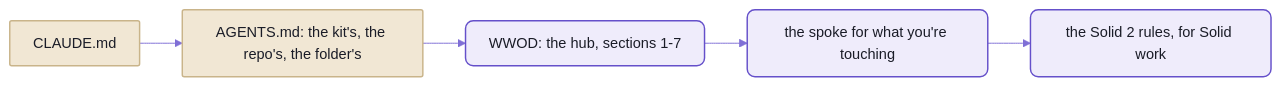
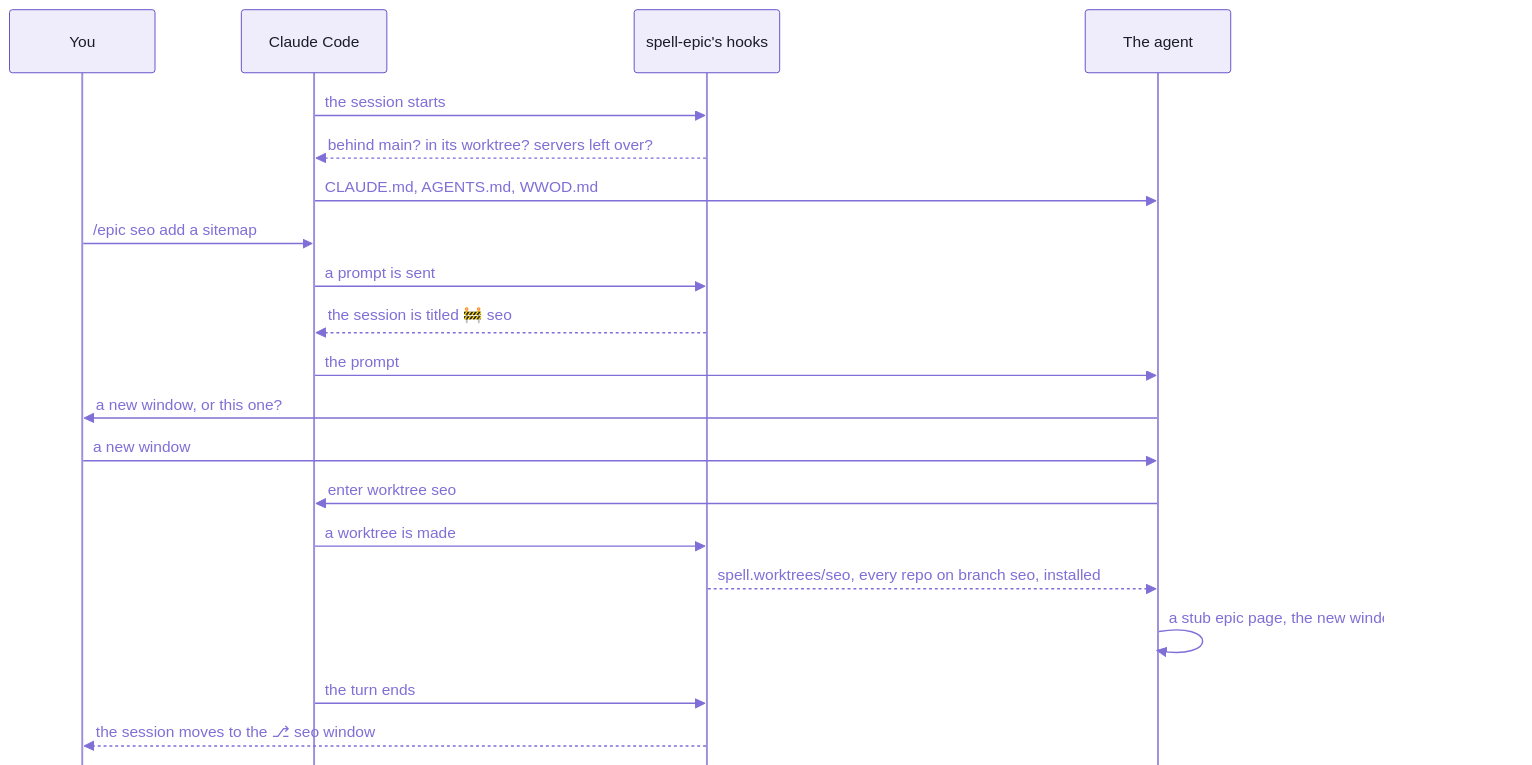
One commit to spell-app/spell changed the diagram in README-agents.md. Above: the diagram before and after it, drawn with Mermaid. The commit also changed other lines of this file and 12 other files, not shown here.

````diff
--- a/README-agents.md
+++ b/README-agents.md
@@ -11,12 +27,23 @@
 ```mermaid
-%%{init: {"theme":"base","themeVariables":{"fontFamily":"-apple-system, BlinkMacSystemFont, Segoe UI, Helvetica, Arial, sans-serif","fontSize":"15px","primaryColor":"#EFECFB","primaryBorderColor":"#6550CA","primaryTextColor":"#1A1C27","secondaryColor":"#F4F1E9","tertiaryColor":"#F7F6FC","lineColor":"#7F6FD6","textColor":"#7F6FD6","clusterBkg":"#F7F6FC","clusterBorder":"#B9B0E8","titleColor":"#1A1C27","edgeLabelBackground":"#F7F6FC","actorBkg":"#EFECFB","actorBorder":"#6550CA","actorTextColor":"#1A1C27","actorLineColor":"#9C90DE","signalColor":"#7F6FD6","signalTextColor":"#7F6FD6","labelBoxBkgColor":"#EFECFB","labelBoxBorderColor":"#6550CA","labelTextColor":"#1A1C27","loopTextColor":"#7F6FD6","noteBkgColor":"#F1E7D4","noteBorderColor":"#C9B48A","noteTextColor":"#1A1C27","activationBkgColor":"#DCD6F7","activationBorderColor":"#6550CA","sequenceNumberColor":"#FFFFFF"},"flowchart":{"curve":"basis","padding":12,"nodeSpacing":40,"rankSpacing":44}}}%%
-flowchart LR
-  claude["CLAUDE.md"] --> agents["AGENTS.md: the kit's, the repo's, the folder's"]
-  agents --> hub["WWOD: the hub, sections 1-7"]
-  hub --> spoke["the spoke for what you're touching"]
-  spoke --> solid["the Solid 2 rules, for Solid work"]
-  %% the Spell look:  yarn mermaid:pretty
-  classDef default fill:#EFECFB,stroke:#6550CA,stroke-width:1.5px,color:#1A1C27,rx:8px,ry:8px
-  classDef data fill:#F1E7D4,stroke:#C9B48A,stroke-width:1.5px,color:#1A1C27,rx:2px,ry:2px
-  class claude,agents data
+%%{init: {"theme":"base","themeVariables":{"fontFamily":"-apple-system, BlinkMacSystemFont, Segoe UI, Helvetica, Arial, sans-serif","fontSize":"15px","primaryColor":"#EFECFB","primaryBorderColor":"#6550CA","primaryTextColor":"#1A1C27","secondaryColor":"#F4F1E9","tertiaryColor":"#F7F6FC","lineColor":"#7F6FD6","textColor":"#7F6FD6","clusterBkg":"#F7F6FC","clusterBorder":"#B9B0E8","titleColor":"#1A1C27","edgeLabelBackground":"#F7F6FC","actorBkg":"#EFECFB","actorBorder":"#6550CA","actorTextColor":"#1A1C27","actorLineColor":"#9C90DE","signalColor":"#7F6FD6","signalTextColor":"#7F6FD6","labelBoxBkgColor":"#EFECFB","labelBoxBorderColor":"#6550CA","labelTextColor":"#1A1C27","loopTextColor":"#7F6FD6","noteBkgColor":"#F1E7D4","noteBorderColor":"#C9B48A","noteTextColor":"#1A1C27","activationBkgColor":"#DCD6F7","activationBorderColor":"#6550CA","sequenceNumberColor":"#FFFFFF"},"sequence":{"mirrorActors":false,"messageAlign":"left","noteAlign":"left"}}}%%
+sequenceDiagram
+  participant you as You
+  participant code as Claude Code
+  participant hooks as spell-epic's hooks
+  participant agent as The agent
+  code->>hooks: the session starts
+  hooks-->>code: behind main?  in its worktree?  servers left over?
+  code->>agent: CLAUDE.md, AGENTS.md, WWOD.md
+  you->>code: /epic seo add a sitemap
+  code->>hooks: a prompt is sent
+  hooks-->>code: the session is titled 🚧 seo
+  code->>agent: the prompt
+  agent->>you: a new window, or this one?
+  you->>agent: a new window
+  agent->>code: enter worktree seo
+  code->>hooks: a worktree is made
+  hooks-->>agent: spell.worktrees/seo, every repo on branch seo, installed
+  agent->>agent: a stub epic page, the new window, the move armed
+  code->>hooks: the turn ends
+  hooks-->>you: the session moves to the ⎇ seo window
 ```
````
